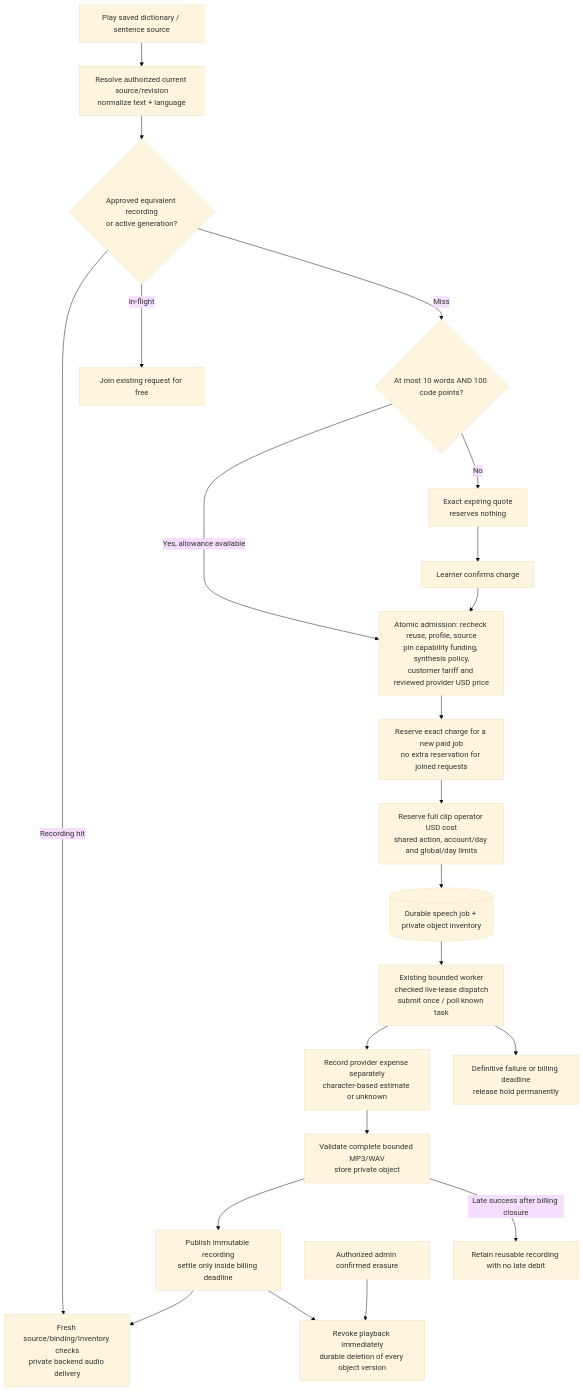
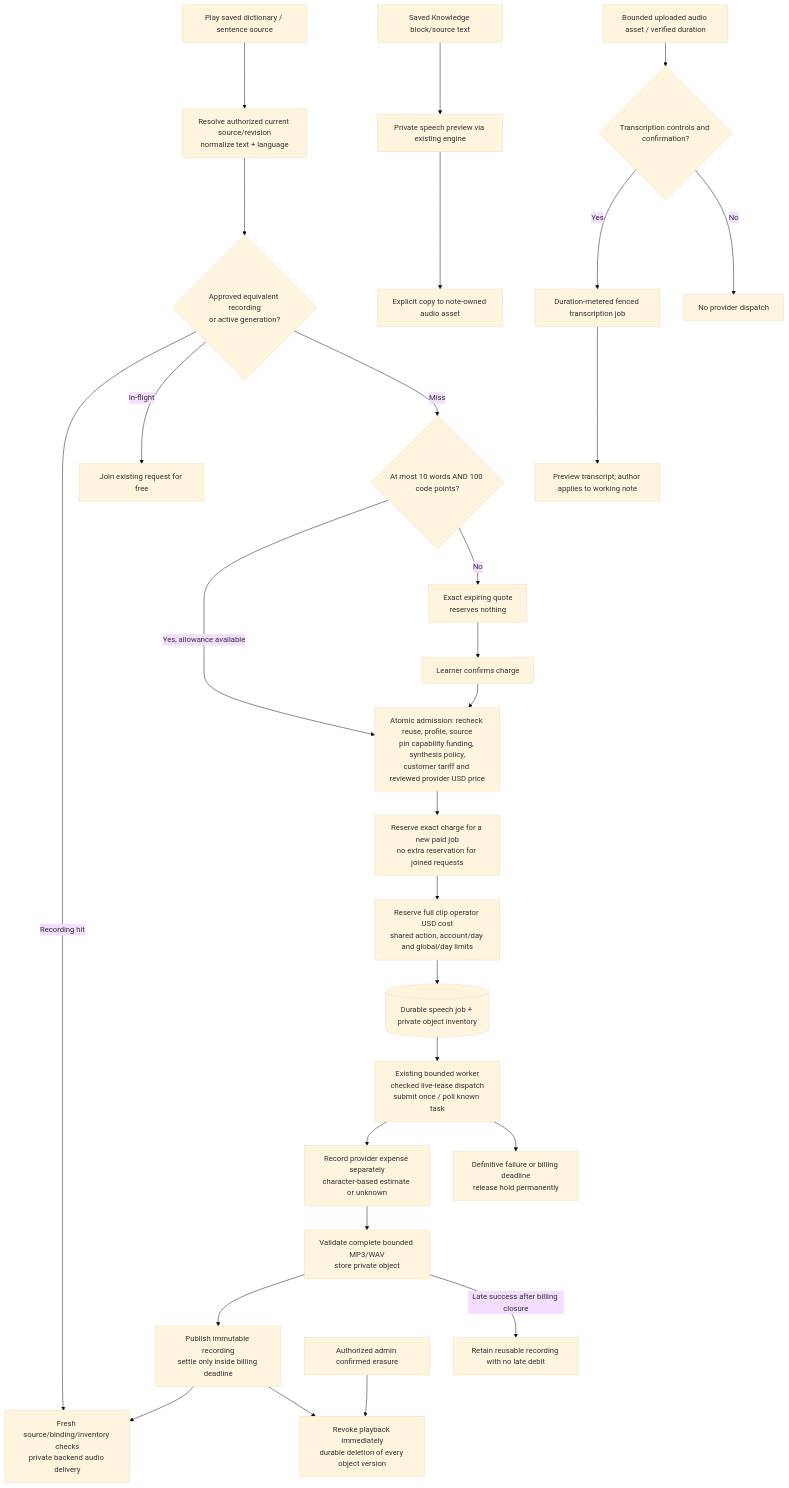
The diagram in docs/diagrams/speech-and-pricing.md (nickotov/languon-platform), drawn with Mermaid (base theme) before and after one commit. The commit also changed other lines of this file and 2857 other files, not shown here.

````diff
--- a/docs/diagrams/speech-and-pricing.md
+++ b/docs/diagrams/speech-and-pricing.md
@@ -37,36 +47,41 @@
 ```mermaid
 flowchart TB
     Click["Play saved dictionary / sentence source"] --> Resolve["Resolve authorized current source/revision
 normalize text + language"]
     Resolve --> Reuse{"Approved equivalent recording
 or active generation?"}
     Reuse -->|"Recording hit"| Playback["Fresh source/binding/inventory checks
 private backend audio delivery"]
     Reuse -->|"In-flight"| Join["Join existing request for free"]
     Reuse -->|"Miss"| Short{"At most 10 words AND 100 code points?"}
     Short -->|"Yes, allowance available"| Admit["Atomic admission: recheck reuse, profile, source
 pin capability funding, synthesis policy,
 customer tariff and reviewed provider USD price"]
     Short -->|"No"| Quote["Exact expiring quote
 reserves nothing"] --> Confirm["Learner confirms charge"] --> Admit
     Admit --> Hold["Reserve exact charge for a new paid job
 no extra reservation for joined requests"]
     Hold --> Operator["Reserve full clip operator USD cost
 shared action, account/day and global/day limits"]
     Operator --> Job[("Durable speech job + private object inventory")]
     Job --> Worker["Existing bounded worker
 checked live-lease dispatch
 submit once / poll known task"]
     Worker --> Expense["Record provider expense separately
 character-based estimate or unknown"]
     Expense --> Audio["Validate complete bounded MP3/WAV
 store private object"]
     Audio --> Success["Publish immutable recording
 settle only inside billing deadline"] --> Playback
     Worker --> Failure["Definitive failure or billing deadline
 release hold permanently"]
     Audio -->|"Late success after billing closure"| Retain["Retain reusable recording with no late debit"]
     Admin["Authorized admin confirmed erasure"] --> Delete["Revoke playback immediately
 durable deletion of every object version"]
     Success --> Delete
+    NoteText["Saved Knowledge block/source text"] --> Narration["Private speech preview via existing engine"]
+    Narration --> AudioGrant["Explicit copy to note-owned audio asset"]
+    Upload["Bounded uploaded audio asset / verified duration"] --> STTGate{"Transcription controls and confirmation?"}
+    STTGate -->|"Yes"| STTJob["Duration-metered fenced transcription job"] --> Transcript["Preview transcript; author applies to working note"]
+    STTGate -->|"No"| STTBlocked["No provider dispatch"]
 ```
````
